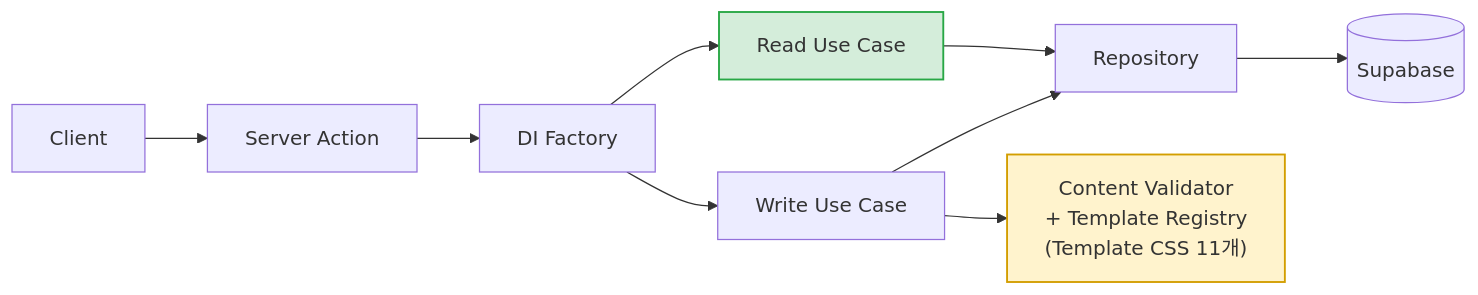
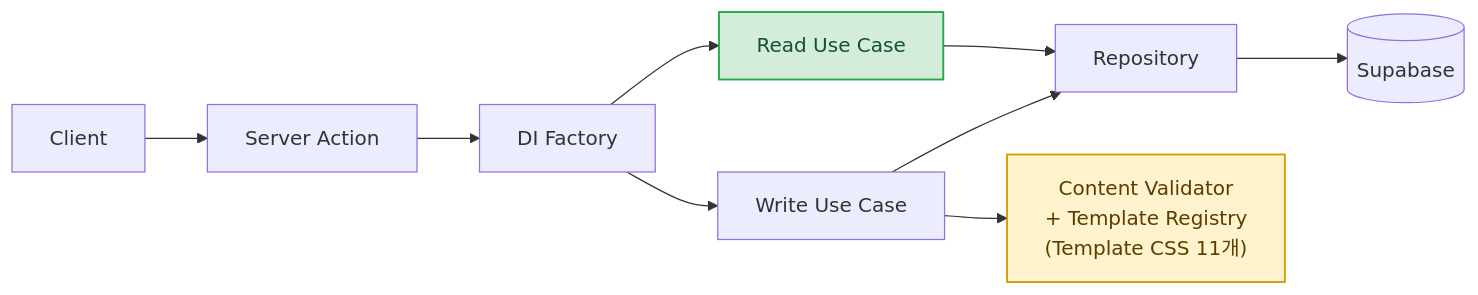
The diagram in docs/portfolio/diagrams/mmd/1-architecture.mmd (sungheeyoon/layer0-studio), drawn with Mermaid before and after one commit. The commit also changed 2 other files, not shown here.

Commit message:
fix(docs): 아키텍처 다이어그램 강조 노드 글자색 명시 + 범례 추가
style 지시자에 fill/stroke 만 있고 color 가 없어서, GitHub 이 뷰어 테마로
렌더하는 README 인라인 mermaid 는 다크 모드에서 노드 글자가 옅은 회색이
됐다. 연한 초록(#d4edda)·연한 노랑(#fff3cd) 배경 위라 대비가 거의 없다.
(render.mjs 로 뽑는 PNG 는 흰 배경 + #212529 강제라 영향 없었다.)

- 두 노드에 color 를 명시해 테마와 무관하게 대비를 확보. fill 은 그대로라
  PNG 는 글자색만 바뀐다.
- 초록/노랑이 무슨 뜻인지 어디에도 없었다 — 읽기 경로 / 쓰기 경로의 검증
  관문이라는 범례를 다이어그램 밑에 추가.
- mmd 와 png 를 함께 갱신 (나머지 5장은 재렌더 결과 바이트 동일).

```diff
--- a/docs/portfolio/diagrams/mmd/1-architecture.mmd
+++ b/docs/portfolio/diagrams/mmd/1-architecture.mmd
@@ -1,11 +1,11 @@
 flowchart LR
   C["Client"] --> SA["Server Action"]
   SA --> DI["DI Factory"]
   DI --> R["Read Use Case"]
   DI --> W["Write Use Case"]
   R --> RP["Repository"]
   W --> VAL["Content Validator<br/>+ Template Registry<br/>(Template CSS 11개)"]
   W --> RP
   RP --> DB[("Supabase")]
-  style R fill:#d4edda,stroke:#28a745,stroke-width:1.5px
-  style VAL fill:#fff3cd,stroke:#d39e00,stroke-width:1.5px
+  style R fill:#d4edda,stroke:#28a745,stroke-width:1.5px,color:#14532d
+  style VAL fill:#fff3cd,stroke:#d39e00,stroke-width:1.5px,color:#5c3d00
```
